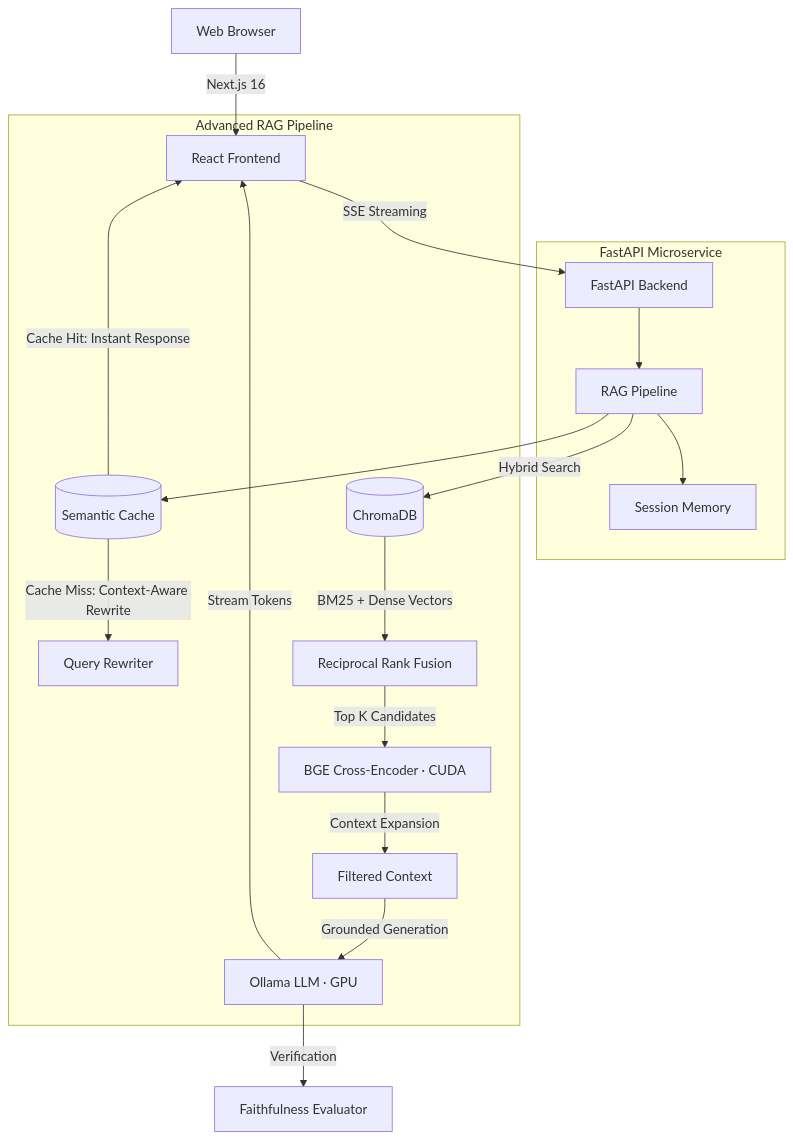
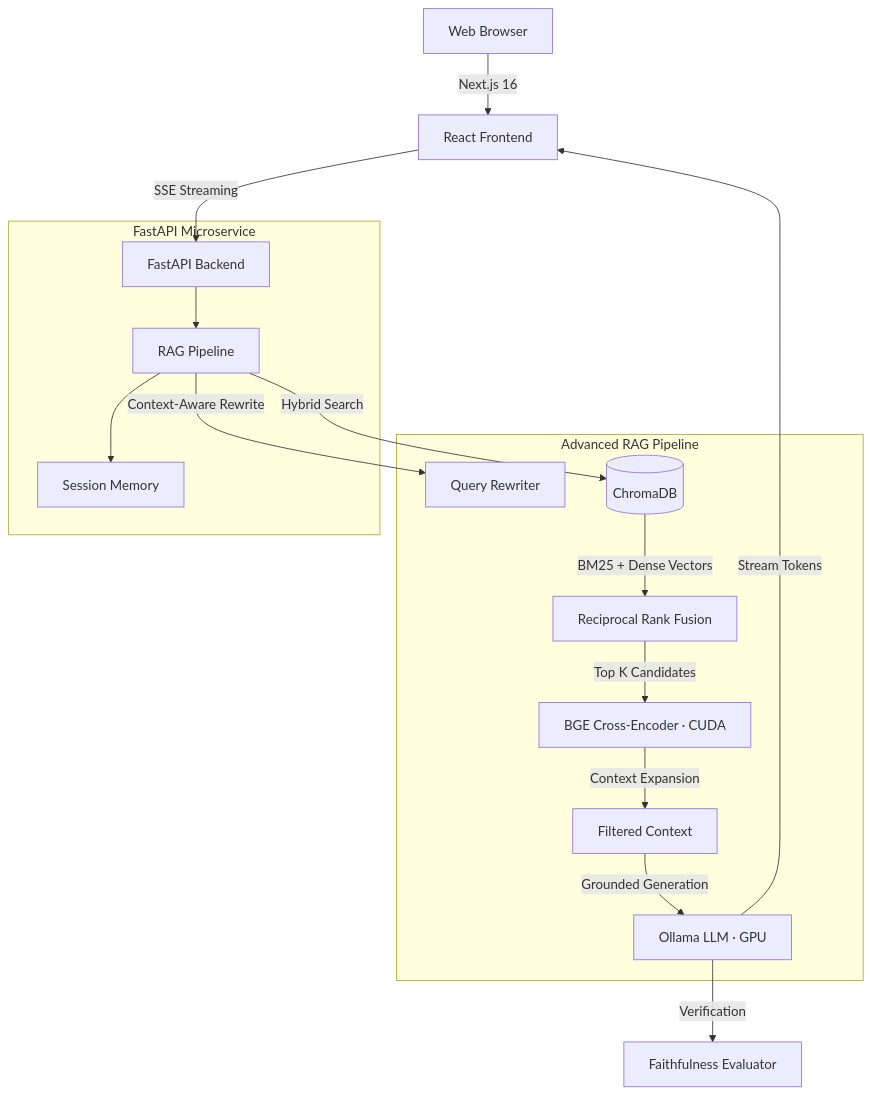
One commit to SoubhagyaJain/Company-policy-rag changed the diagram in README.md. Above: the diagram before and after it, drawn with Mermaid. The commit also changed other lines of this file, not shown here.

````diff
--- a/README.md
+++ b/README.md
@@ -55,24 +55,22 @@
 ```mermaid
 graph TD
     Client[Web Browser] --> |Next.js 16| UI[React Frontend]
     UI --> |SSE Streaming| API[FastAPI Backend]
 
     subgraph Backend [FastAPI Microservice]
         API --> Orchestrator[RAG Pipeline]
         Orchestrator --> Memory[Session Memory]
     end
 
     subgraph RAG [Advanced RAG Pipeline]
-        Orchestrator --> Cache[(Semantic Cache)]
-        Cache --> |Cache Hit: Instant Response| UI
-        Cache --> |Cache Miss: Context-Aware Rewrite| LLM_Q[Query Rewriter]
+        Orchestrator --> |Context-Aware Rewrite| LLM_Q[Query Rewriter]
         Orchestrator --> |Hybrid Search| VectorDB[(ChromaDB)]
         VectorDB --> |BM25 + Dense Vectors| RRF[Reciprocal Rank Fusion]
         RRF --> |Top K Candidates| Reranker[BGE Cross-Encoder · CUDA]
         Reranker --> |Context Expansion| Context[Filtered Context]
         Context --> |Grounded Generation| LLM[Ollama LLM · GPU]
     end
 
     LLM --> |Verification| Guardrail[Faithfulness Evaluator]
     LLM --> |Stream Tokens| UI
 ```
````
